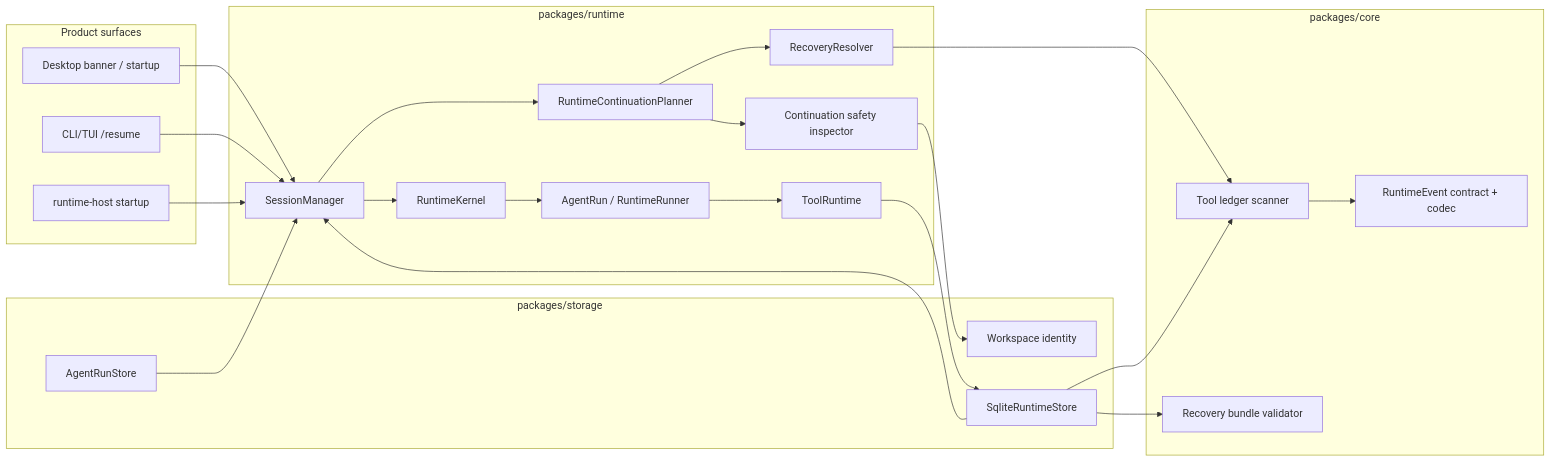
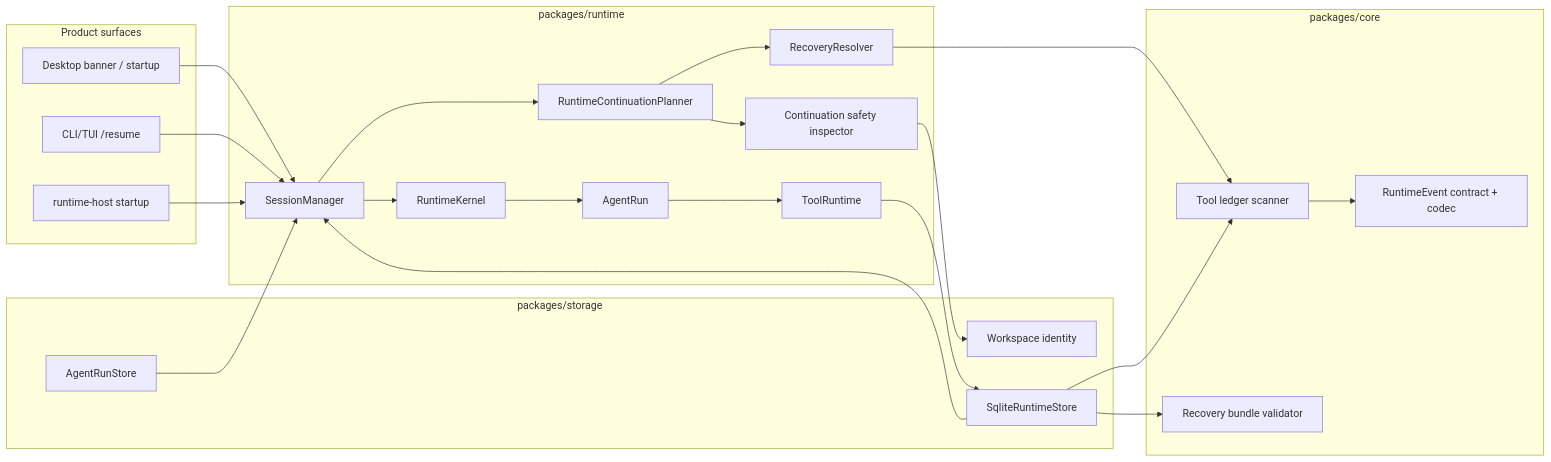
One commit to 1625567290/maka-agent changed diagram 12 of 13 in docs/architecture/runtime-resume-architecture.md. Above: the diagram before and after it, drawn with Mermaid. The commit also changed other lines of this file and 38 other files, not shown here.

Commit message:
refactor(runtime): collapse runner shell into kernel (#3718)

````diff
--- a/docs/architecture/runtime-resume-architecture.md
+++ b/docs/architecture/runtime-resume-architecture.md
@@ -678,48 +678,48 @@
 ```mermaid
 flowchart LR
   subgraph Product["Product surfaces"]
     Desktop["Desktop banner / startup"]
     CLI["CLI/TUI /resume"]
     Host["runtime-host startup"]
   end
 
   subgraph Runtime["packages/runtime"]
     SM["SessionManager"]
     RR["RecoveryResolver"]
     RP["RuntimeContinuationPlanner"]
     CS["Continuation safety inspector"]
     RK["RuntimeKernel"]
-    AR["AgentRun / RuntimeRunner"]
+    AR["AgentRun"]
     TR["ToolRuntime"]
   end
 
   subgraph Core["packages/core"]
     Event["RuntimeEvent contract + codec"]
     Scanner["Tool ledger scanner"]
     Bundle["Recovery bundle validator"]
   end
 
   subgraph Storage["packages/storage"]
     Sqlite["SqliteRuntimeStore"]
     RunStore["AgentRunStore"]
     Identity["Workspace identity"]
   end
 
   Desktop --> SM
   CLI --> SM
   Host --> SM
   SM --> RP
   SM --> RK
   RP --> RR
   RP --> CS
   CS --> Identity
   RK --> AR
   AR --> TR
   TR --> Sqlite
   RR --> Scanner
   Sqlite --> Scanner
   Sqlite --> Bundle
   Scanner --> Event
   RunStore --> SM
   Sqlite --> SM
 ```
````
